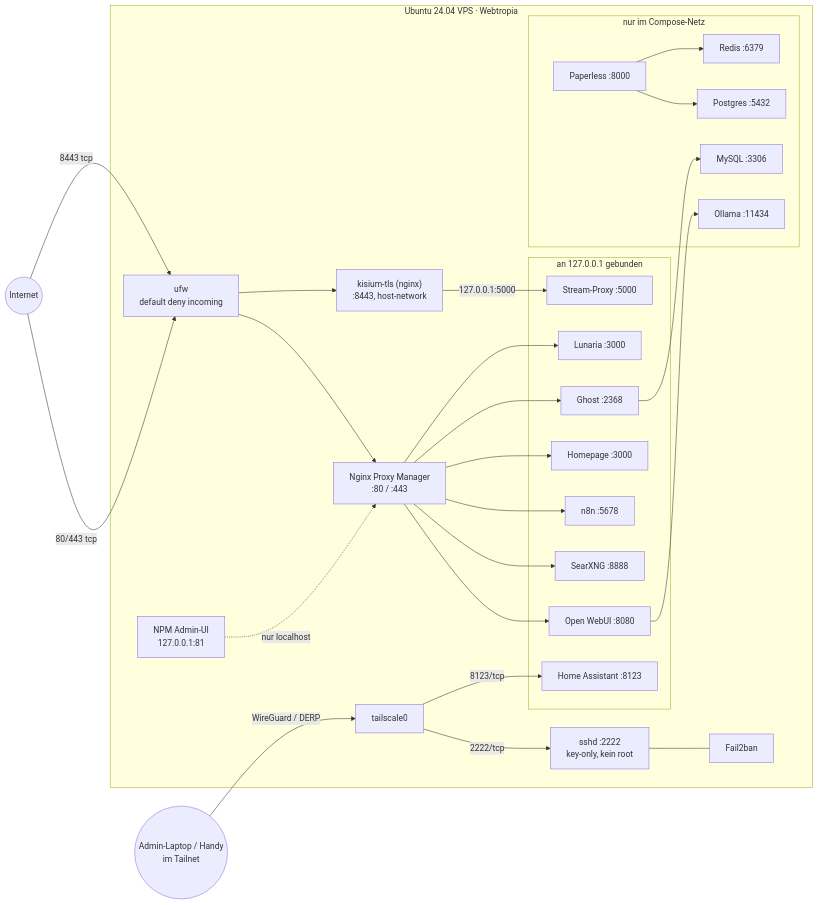
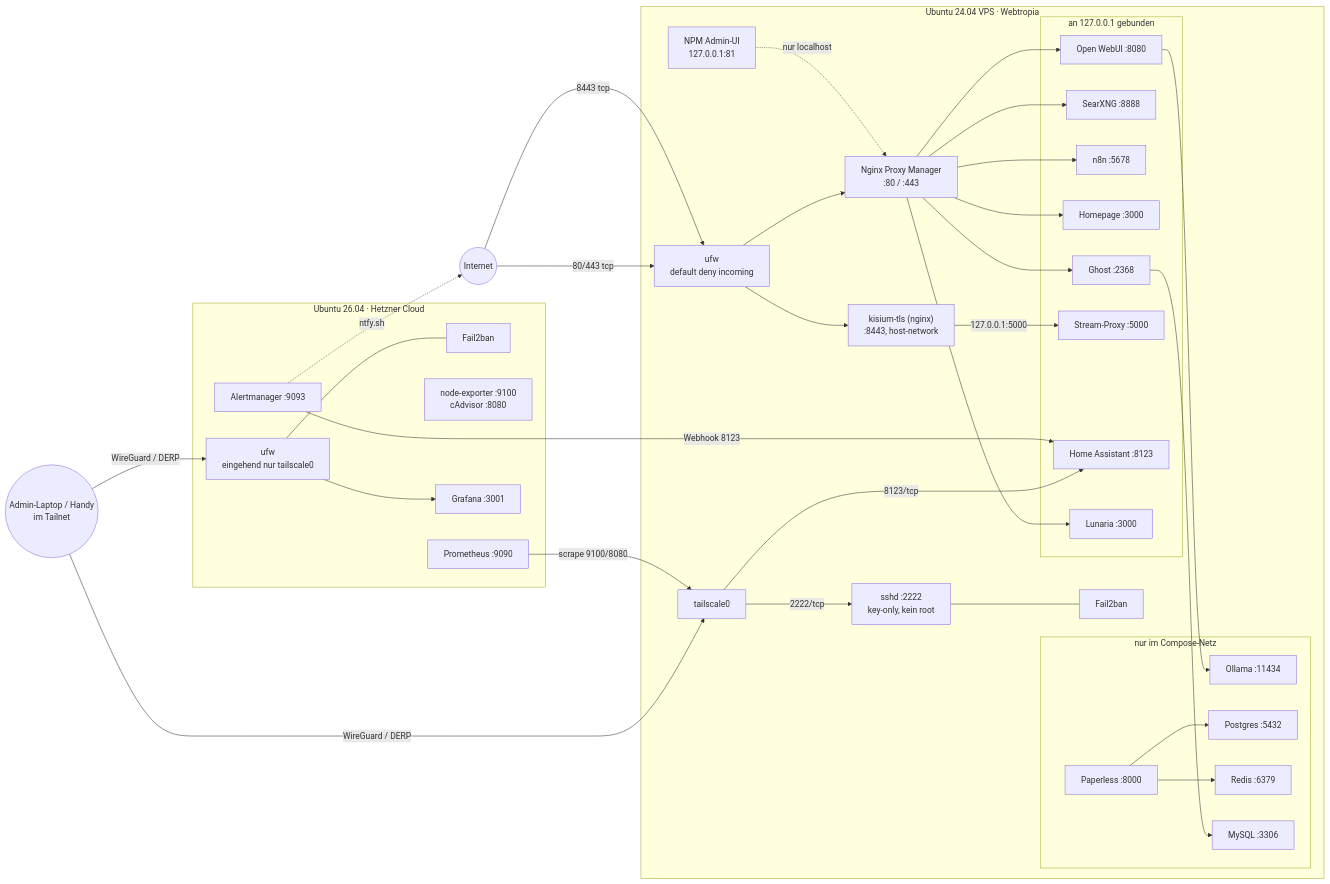
Before and after one commit to tobias-peine/vps-provisioning: the diagram in README.md, drawn with Mermaid. The commit also changed other lines of this file, not shown here.

First line of the commit message:
docs: Monitoring-Host in die Hauptkapitel aufnehmen

````diff
--- a/README.md
+++ b/README.md
@@ -58,59 +63,77 @@
 ```mermaid
 flowchart LR
     NET(("Internet"))
     ADM(("Admin-Laptop / Handy<br/>im Tailnet"))
 
     subgraph VPS["Ubuntu 24.04 VPS · Webtropia"]
         UFW["ufw<br/>default deny incoming"]
         NPM["Nginx Proxy Manager<br/>:80 / :443"]
         TLS["kisium-tls (nginx)<br/>:8443, host-network"]
         NPMUI["NPM Admin-UI<br/>127.0.0.1:81"]
 
         subgraph LOOP["an 127.0.0.1 gebunden"]
             WEBUI["Open WebUI :8080"]
             SEARX["SearXNG :8888"]
             N8N["n8n :5678"]
             HOME["Homepage :3000"]
             GHOST["Ghost :2368"]
             STREAM["Stream-Proxy :5000"]
             HA["Home Assistant :8123"]
             LUN["Lunaria :3000"]
         end
 
         subgraph INTERN["nur im Compose-Netz"]
             OLLAMA["Ollama :11434"]
             PAPER["Paperless :8000"]
             PG["Postgres :5432"]
             REDIS["Redis :6379"]
             MYSQL["MySQL :3306"]
         end
 
         TS["tailscale0"]
         SSHD["sshd :2222<br/>key-only, kein root"]
         F2B["Fail2ban"]
     end
 
+    subgraph MON["Ubuntu 26.04 · Hetzner Cloud"]
+        MUFW["ufw<br/>eingehend nur tailscale0"]
+        MF2B["Fail2ban"]
+        MEXP["node-exporter :9100<br/>cAdvisor :8080"]
+        MPROM["Prometheus :9090"]
+        MAM["Alertmanager :9093"]
+        MGRAF["Grafana :3001"]
+    end
+
     NET -->|"80/443 tcp"| UFW
     NET -->|"8443 tcp"| UFW
     UFW --> NPM
     UFW --> TLS
     NPM --> WEBUI
     NPM --> SEARX
     NPM --> N8N
     NPM --> HOME
     NPM --> GHOST
     NPM --> LUN
     TLS -->|"127.0.0.1:5000"| STREAM
 
     GHOST --> MYSQL
     WEBUI --> OLLAMA
     PAPER --> PG
     PAPER --> REDIS
 
     NPMUI -.->|"nur localhost"| NPM
 
     ADM -->|"WireGuard / DERP"| TS
     TS -->|"2222/tcp"| SSHD
     TS -->|"8123/tcp"| HA
     SSHD --- F2B
+
+    %% Monitoring-Host: zieht die Metriken ueber das Tailnet und meldet
+    %% Alarme zurueck in den App-Host bzw. an ntfy.
+    ADM -->|"WireGuard / DERP"| MUFW
+    MUFW --> MGRAF
+    MPROM -->|"scrape 9100/8080"| TS
+    MAM -->|"Webhook 8123"| HA
+    MAM -.->|"ntfy.sh"| NET
+    MUFW --- MF2B
 ```
````
